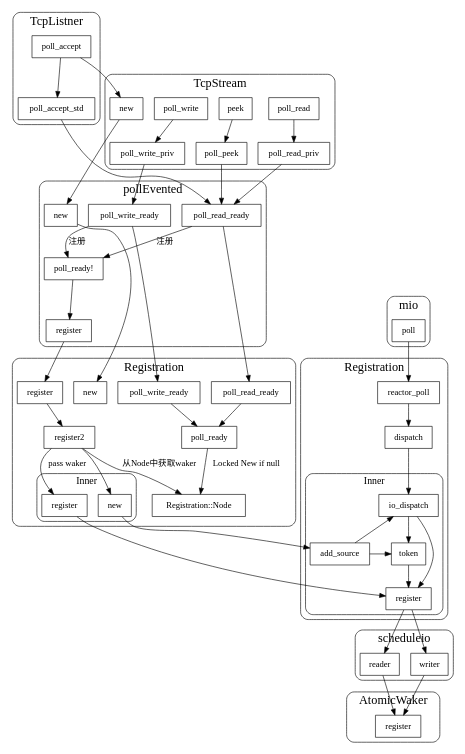
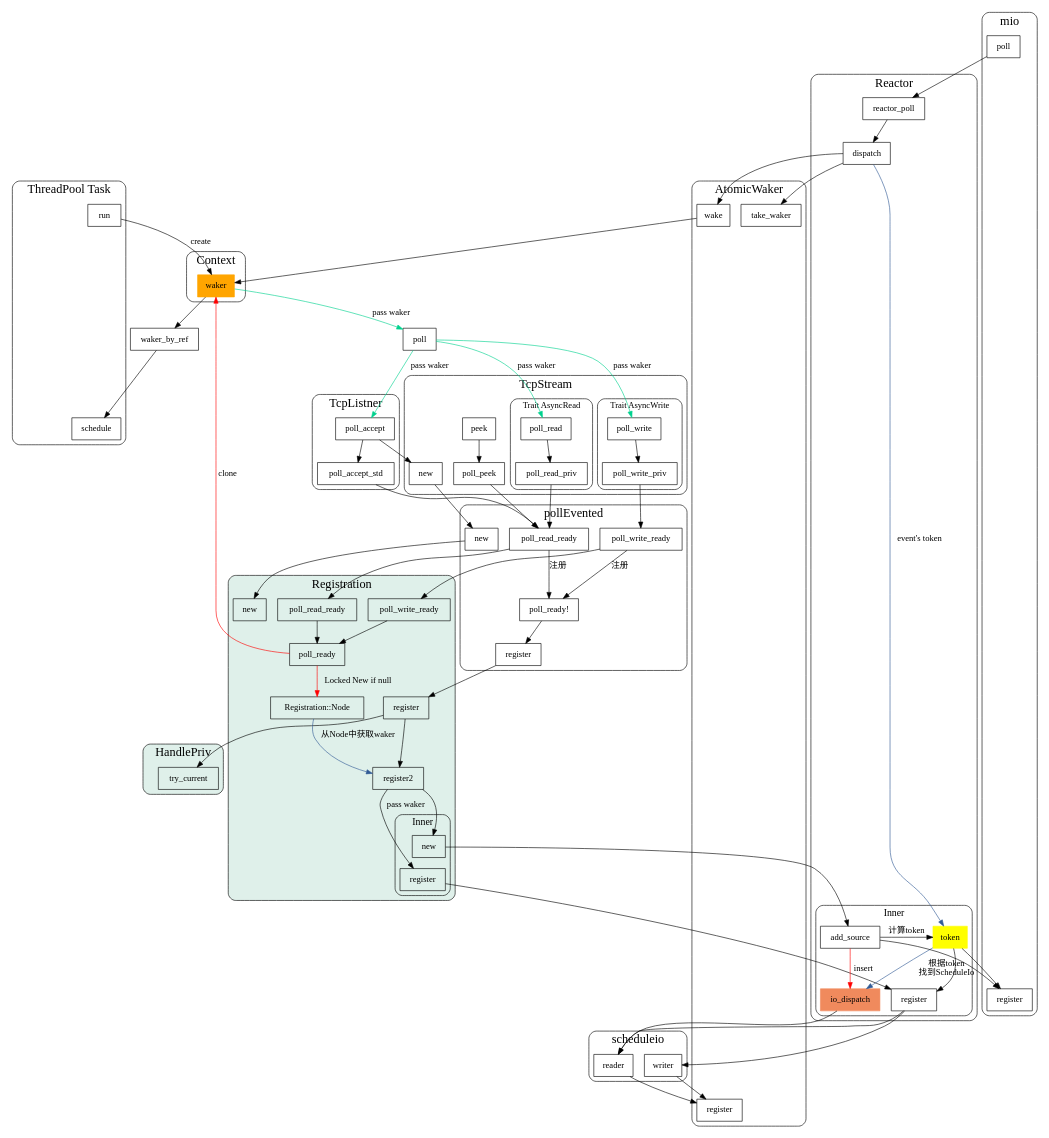
One commit to xieyu/blog changed the diagram in src/tokio/task-event-detail.dot. Above: the diagram before and after it, drawn with Graphviz. The commit also changed 4 other files, not shown here.

```diff
--- a/src/tokio/task-event-detail.dot
+++ b/src/tokio/task-event-detail.dot
@@ -1,98 +1,140 @@
 //
 // task-event-detail.dot
 //
 // Created on 28-09-2019 by xieyu
 //
 digraph task_event_detail {
   node[shape=box];
+  newrank=true
+
+  subgraph cluster_Task {
+    graph[label="ThreadPool Task";fontsize=20;style=rounded]
+    task_run[label="run"];
+    task_schedule[label="schedule"];
+  }
+
+  subgraph cluster_context {
+    graph[label="Context";fontsize=20;style=rounded]
+    cx_waker[label="waker";color="orange";style=filled]
+  }
+  task_run -> cx_waker[label="create"];
+
+  cx_waker -> poll -> {poll_accept, poll_read, poll_write}[label="pass waker";color="#01d28e"];
+  cx_waker -> waker_by_ref -> task_schedule;
+
   subgraph cluster_TcpListner{
     graph[label="TcpListner";fontsize=20;style=rounded]
     poll_accept -> poll_accept_std;
   }
 
   subgraph cluster_TcpStream{
     graph[label="TcpStream";fontsize=20;style=rounded]
     TcpStream_new[label="new"];
     peek -> poll_peek;
-    poll_read -> poll_read_priv;
-    poll_write -> poll_write_priv;
+    subgraph cluster_asyncRead {
+      graph[label="Trait AsyncRead";fontsize=14;style=rounded]
+      poll_read -> poll_read_priv;
+    }
+
+    subgraph cluster_asyncWrite {
+      graph[label="Trait AsyncWrite";fontsize=14;style=rounded]
+      poll_write -> poll_write_priv;
+    }
   }
 
   subgraph cluster_PollEvented{
     graph[label="pollEvented";fontsize=20;style=rounded]
     PollEvented_new[label="new"];
     poll_read_ready;
     poll_write_ready;
     poll_ready[label="poll_ready!"];
     {poll_read_ready, poll_write_ready} -> poll_ready[label="注册"];
     poll_ready -> register;
   }
 
+  subgraph cluster_HandlePriv {
+    graph[label="HandlePriv";fontsize=20;style=rounded;bgcolor="#dff0ea"]
+      HandlePriv_try_current[label="try_current"];
+  }
+
   subgraph cluster_Registration{
-    graph[label="Registration";fontsize=20;style=rounded]
+    graph[label="Registration";fontsize=20;style=rounded;bgcolor="#dff0ea"]
     Registration_new[label="new"];
     Registration_poll_read_ready[label="poll_read_ready"];
     Registration_poll_write_ready[label="poll_write_ready"];
     Registration_register[label="register"];
     Registration_register2[label="register2"];
     Registration_poll_ready[label="poll_ready"];
     Registration_Node[label="Registration::Node"];
 
     Registration_register -> Registration_register2;
+    Registration_register -> HandlePriv_try_current;
     {Registration_poll_write_ready, Registration_poll_read_ready} -> Registration_poll_ready;
-    Registration_poll_ready -> Registration_Node[label="Locked New if null"];
+    Registration_poll_ready -> Registration_Node[label="Locked New if null";color="red"];
+    Registration_poll_ready -> cx_waker[label="clone";color=red;];
 
     subgraph cluster_inner {
       graph[label="Inner";fontsize=16;style=rounded]
       Registration_inner_new[label="new"];
       Registration_inner_register[label="register"];
     }
-
-    Registration_register2 -> Registration_Node[label="从Node中获取waker"];
+    Registration_Node -> Registration_register2[label="从Node中获取waker";color="#315b96"];
     Registration_register2 -> Registration_inner_new;
     Registration_register2 -> Registration_inner_register[label="pass waker"];
-  }
-
-  subgraph cluster_Reactor{
-    graph[label="Registration";fontsize=20;style=rounded]
-      subgraph cluster_Reactor_Inner{
-        rankdir=LR;
-        graph[label="Inner";fontsize=16;style=rounded]
-        reactor_inner_register[label="register"];
-
-        add_source -> io_dispatch;
-        add_source -> token;
-        io_dispatch -> token;
-        {io_dispatch, token} -> reactor_inner_register;
-        {rank=same; add_source, token; };
-      }
-      reactor_poll -> dispatch -> io_dispatch;
   }
 
   subgraph cluster_mio {
     graph[label="mio";fontsize=20;style=rounded]
     mio_poll[label="poll"];
+    mio_register[label="register"];
   }
+
+  subgraph cluster_Reactor{
+    graph[label="Reactor";fontsize=20;style=rounded]
+      subgraph cluster_Reactor_Inner{
+        rankdir=LR;
+        token[color=yellow;style=filled]
+        graph[label="Inner";fontsize=16;style=rounded]
+        reactor_inner_register[label="register"];
+        io_dispatch[label="io_dispatch";style=filled;color="#f08a5d"];
+
+        add_source -> io_dispatch[label="insert";color=red];
+        add_source -> token[label="计算token"];
+        {add_source, token} -> mio_register;
+        token -> reactor_inner_register;
+        {rank=same; add_source, token; };
+      }
+      reactor_poll -> dispatch;
+      dispatch -> token[label="event's token";color="#315b96";];
+      token -> io_dispatch[label="根据token \n找到ScheduleIo";color="#315b96"];
+  }
+
 
   subgraph cluster_scheduleio{
     graph[label="scheduleio";fontsize=20;style=rounded]
     reader;
     writer;
   }
 
-  subgraph cluster_AtomicWaker{
+  subgraph cluster_AtomicWaker {
     graph[label="AtomicWaker";fontsize=20;style=rounded]
     AtomicWaker_register[label="register"];
+    AtomicWaker_wake[label="wake"];
+    AtomicWaker_take_waker[label="take_waker"];
+    AtomicWaker_wake -> cx_waker;
   }
 
 
 
   {poll_accept_std, poll_peek, poll_read_priv} -> poll_read_ready ->Registration_poll_read_ready;
   poll_write_priv -> poll_write_ready -> Registration_poll_write_ready;
   poll_accept -> TcpStream_new;
   {TcpStream_new} -> PollEvented_new -> Registration_new;
   register -> Registration_register;
   Registration_inner_new -> add_source;
   Registration_inner_register -> reactor_inner_register->{reader, writer}->AtomicWaker_register;
   mio_poll -> reactor_poll;
+  io_dispatch -> reader[ltail=cluster_scheduleio];
+  dispatch -> AtomicWaker_wake;
+  dispatch -> AtomicWaker_take_waker;
 }
```
